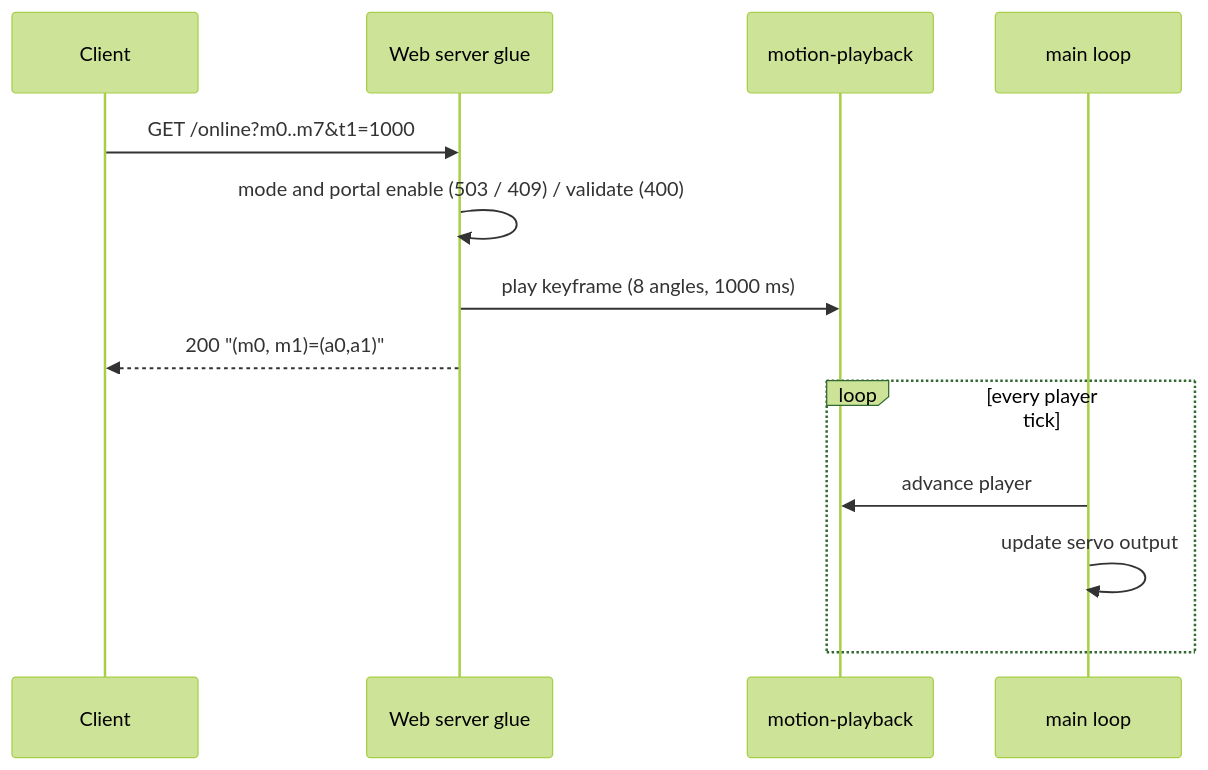
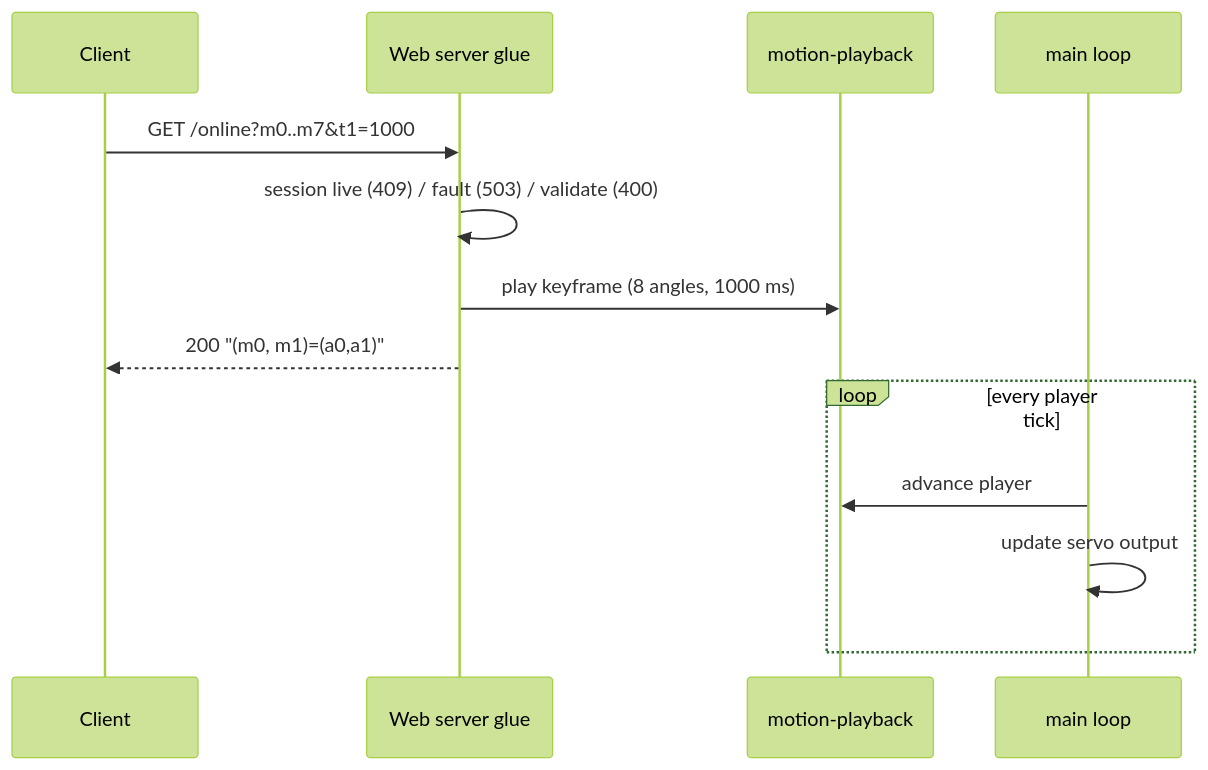
Before and after one commit to blackfyre/mini-spooder: the second of 3 diagrams in openspec/changes/web-portal/design.md, drawn with Mermaid (forest theme). The commit also changed other lines of this file and 3 other files, not shown here.

First line of the commit message:
web-portal: lock the portal during a pak session; direct servo commands enable output

````diff
--- a/openspec/changes/web-portal/design.md
+++ b/openspec/changes/web-portal/design.md
@@ -104,15 +105,15 @@
 ```mermaid
 sequenceDiagram
   participant C as Client
   participant W as Web server glue
   participant P as motion-playback
   participant L as main loop
   C->>W: GET /online?m0..m7&t1=1000
-  W->>W: mode and portal enable (503 / 409) / validate (400)
+  W->>W: session live (409) / fault (503) / validate (400)
   W->>P: play keyframe (8 angles, 1000 ms)
   W-->>C: 200 "(m0, m1)=(a0,a1)"
   loop every player tick
     L->>P: advance player
     L->>L: update servo output
   end
 ```
````
